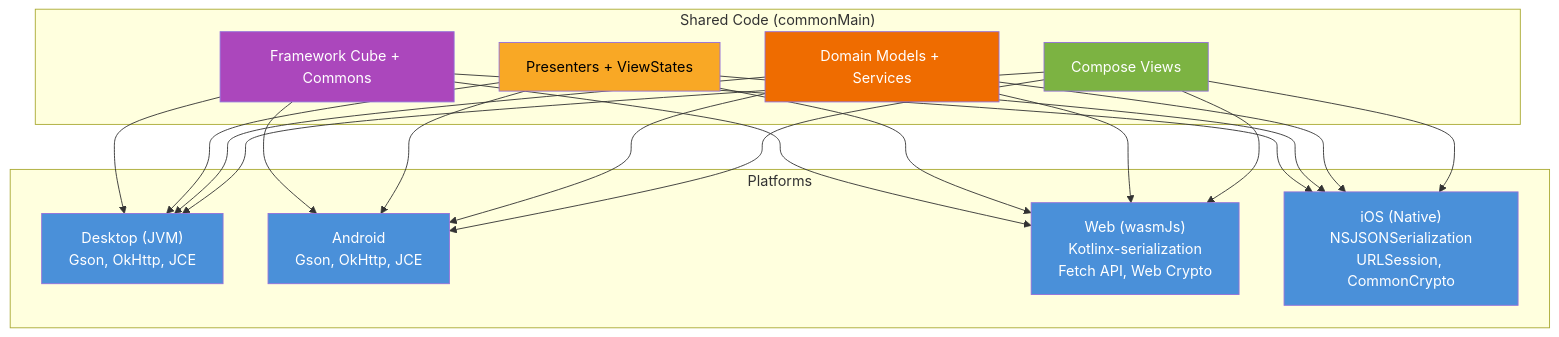
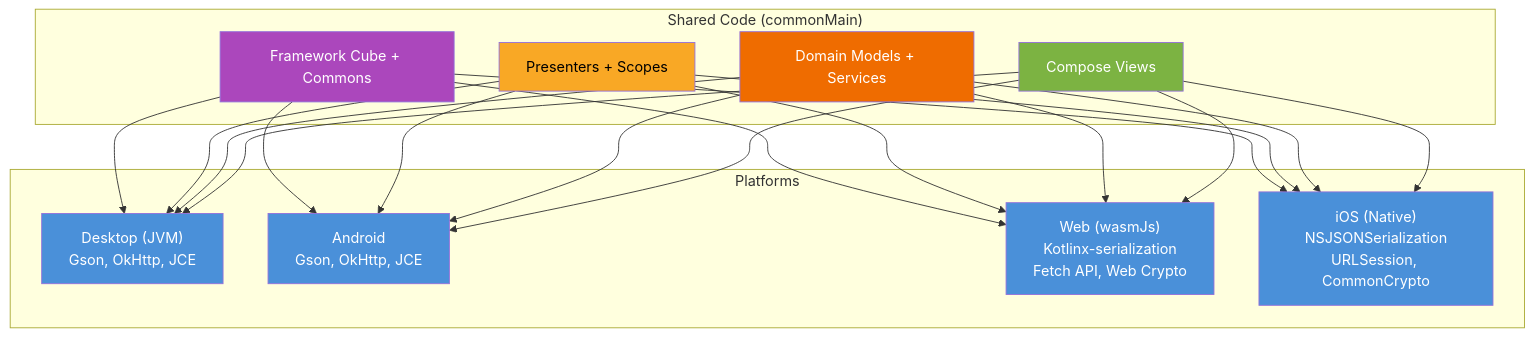
One commit to mrcdom/wdc-cube-kotlin changed the third of 10 diagrams in docs/architecture.md. Above: the diagram before and after it, drawn with Mermaid. The commit also changed other lines of this file and 117 other files, not shown here.

````diff
--- a/docs/architecture.md
+++ b/docs/architecture.md
@@ -184,42 +184,42 @@
 ```mermaid
 graph TB
     subgraph "Shared Code (commonMain)"
         FW[Framework Cube + Commons]
-        PRES[Presenters + ViewStates]
+        PRES[Presenters + Scopes]
         DOM[Domain Models + Services]
         VIEW[Compose Views]
     end
 
     subgraph "Platforms"
         JVM["Desktop (JVM)<br/>Gson, OkHttp, JCE"]
         AND["Android<br/>Gson, OkHttp, JCE"]
         WASM["Web (wasmJs)<br/>Kotlinx-serialization<br/>Fetch API, Web Crypto"]
         IOSN["iOS (Native)<br/>NSJSONSerialization<br/>URLSession, CommonCrypto"]
     end
 
     FW --> JVM
     FW --> AND
     FW --> WASM
     FW --> IOSN
     PRES --> JVM
     PRES --> AND
     PRES --> WASM
     PRES --> IOSN
     DOM --> JVM
     DOM --> AND
     DOM --> WASM
     DOM --> IOSN
     VIEW --> JVM
     VIEW --> AND
     VIEW --> WASM
     VIEW --> IOSN
 
     style FW fill:#ab47bc,color:#fff
     style PRES fill:#f9a825,color:#000
     style DOM fill:#ef6c00,color:#fff
     style VIEW fill:#7cb342,color:#fff
     style JVM fill:#4a90d9,color:#fff
     style AND fill:#4a90d9,color:#fff
     style WASM fill:#4a90d9,color:#fff
     style IOSN fill:#4a90d9,color:#fff
 ```
````
